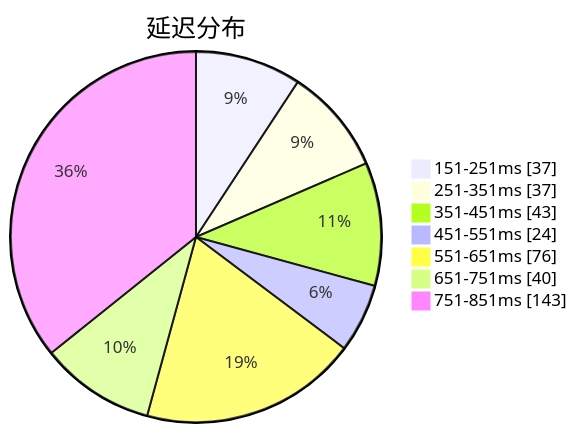
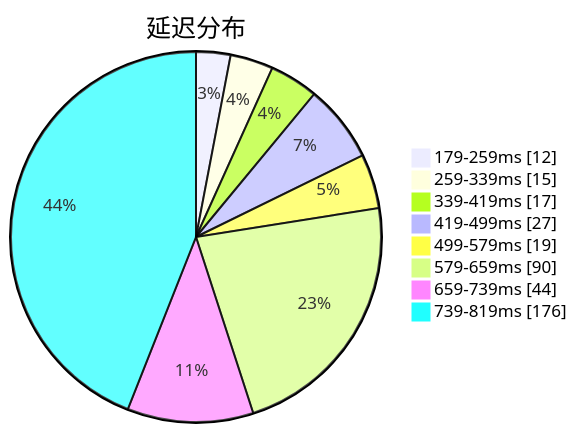
The first of 3 diagrams in subs/statistics/tested_within.md (qjlxg/airport), drawn with Mermaid before and after one commit. The commit also changed other lines of this file and 2 other files, not shown here.

````diff
--- a/subs/statistics/tested_within.md
+++ b/subs/statistics/tested_within.md
@@ -2,11 +2,12 @@
 ```mermaid
 pie showData
 title 延迟分布
-"151-251ms" : 37
-"251-351ms" : 37
-"351-451ms" : 43
-"451-551ms" : 24
-"551-651ms" : 76
-"651-751ms" : 40
-"751-851ms" : 143
+"179-259ms" : 12
+"259-339ms" : 15
+"339-419ms" : 17
+"419-499ms" : 27
+"499-579ms" : 19
+"579-659ms" : 90
+"659-739ms" : 44
+"739-819ms" : 176
 ```
````
